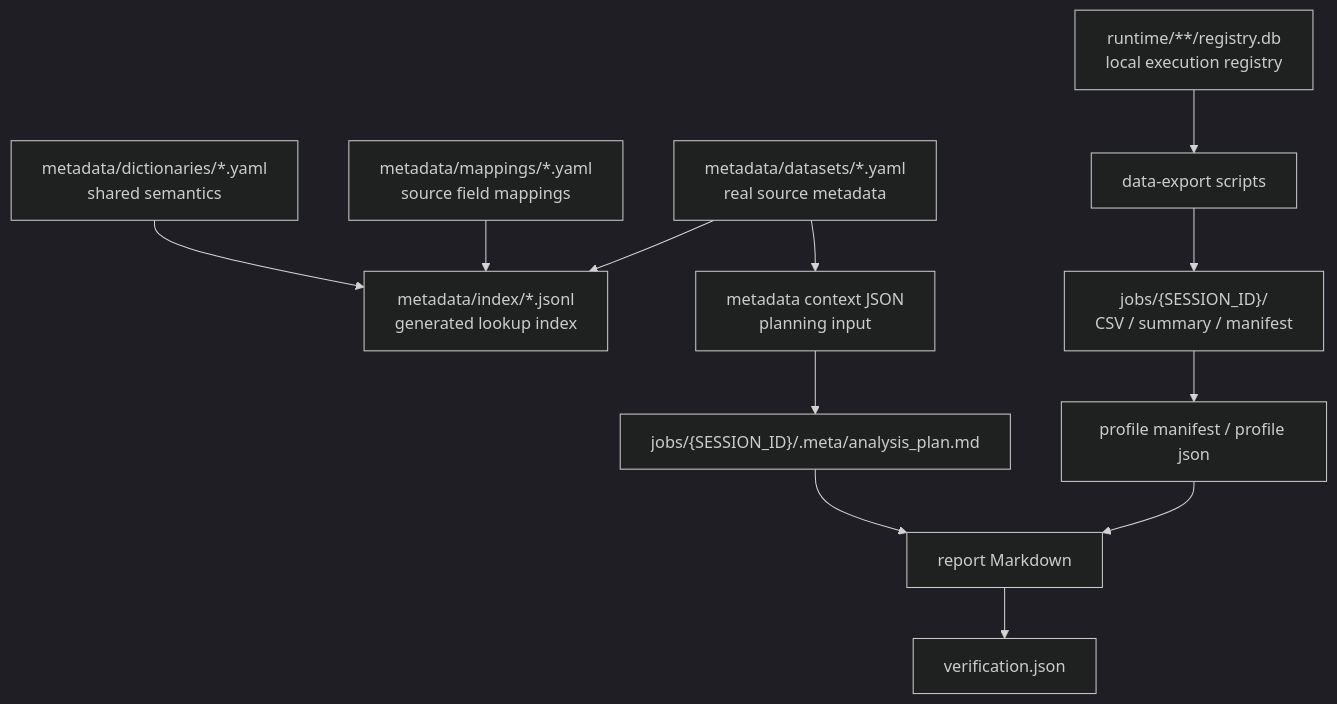
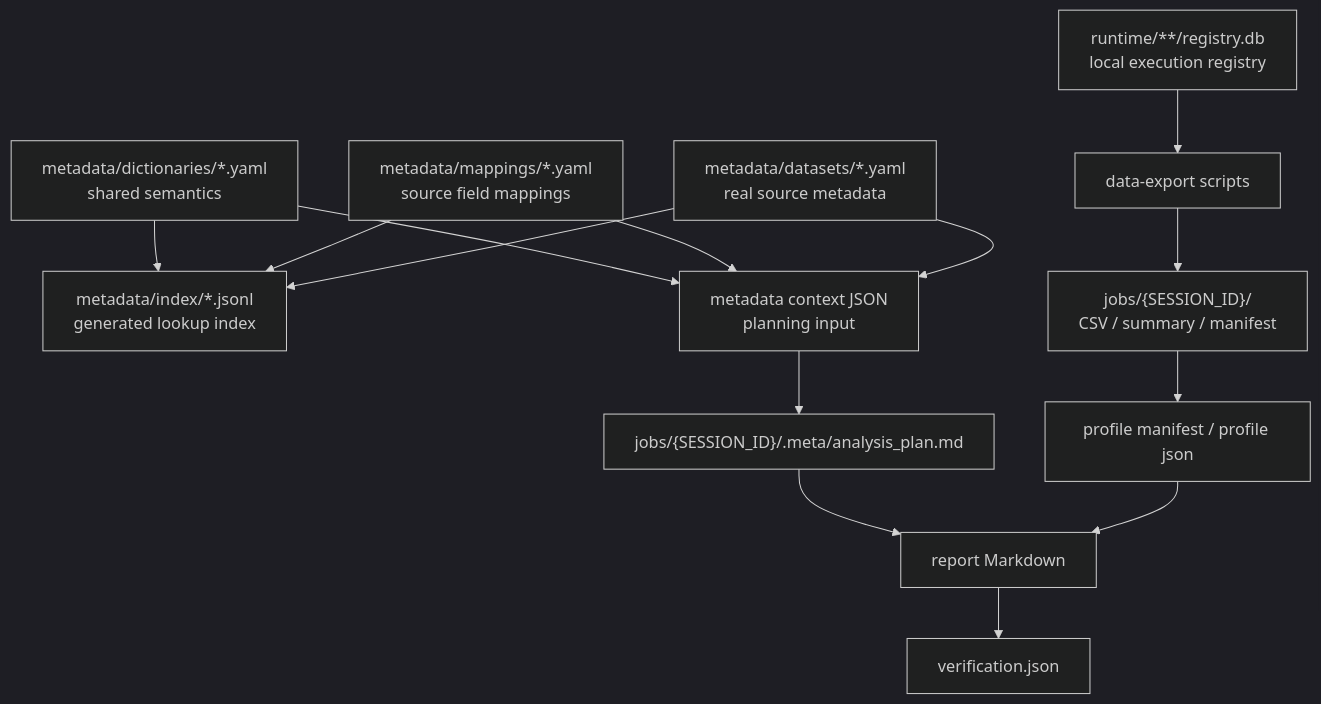
Before and after one commit to dabaige53/RealAnalyst: the second of 3 diagrams in docs/architecture.md, drawn with Mermaid (dark theme). The commit also changed 49 other files, not shown here.

````diff
--- a/docs/architecture.md
+++ b/docs/architecture.md
@@ -31,14 +31,16 @@
 ```mermaid
 flowchart TD
     Dictionaries["metadata/dictionaries/*.yaml<br/>shared semantics"] --> IndexFile["metadata/index/*.jsonl<br/>generated lookup index"]
     Mappings["metadata/mappings/*.yaml<br/>source field mappings"] --> IndexFile
     Dataset["metadata/datasets/*.yaml<br/>real source metadata"] --> IndexFile
-    Dataset --> ContextJson["metadata context JSON<br/>planning input"]
+    Dictionaries --> ContextJson["metadata context JSON<br/>planning input"]
+    Mappings --> ContextJson
+    Dataset --> ContextJson
     Registry["runtime/**/registry.db<br/>local execution registry"] --> ExportScript["data-export scripts"]
     ContextJson --> PlanDoc["jobs/{SESSION_ID}/.meta/analysis_plan.md"]
     ExportScript --> JobData["jobs/{SESSION_ID}/<br/>CSV / summary / manifest"]
     JobData --> ProfileJson["profile manifest / profile json"]
     PlanDoc --> ReportMd["report Markdown"]
     ProfileJson --> ReportMd
     ReportMd --> Verification["verification.json"]
 ```
````
